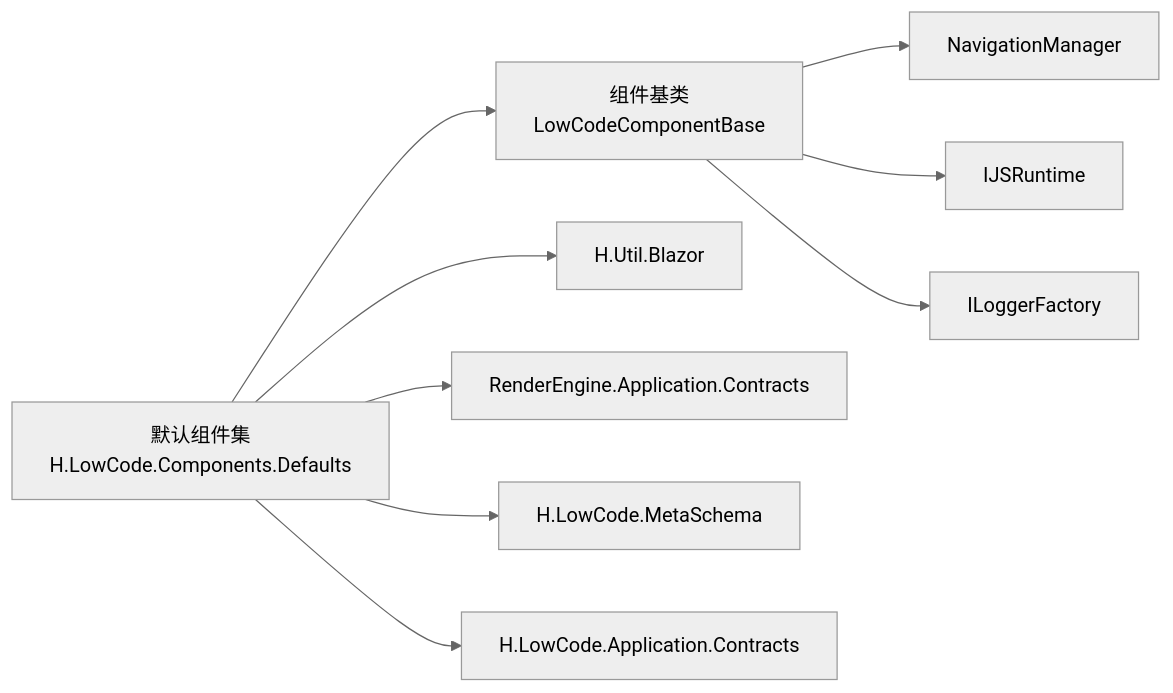
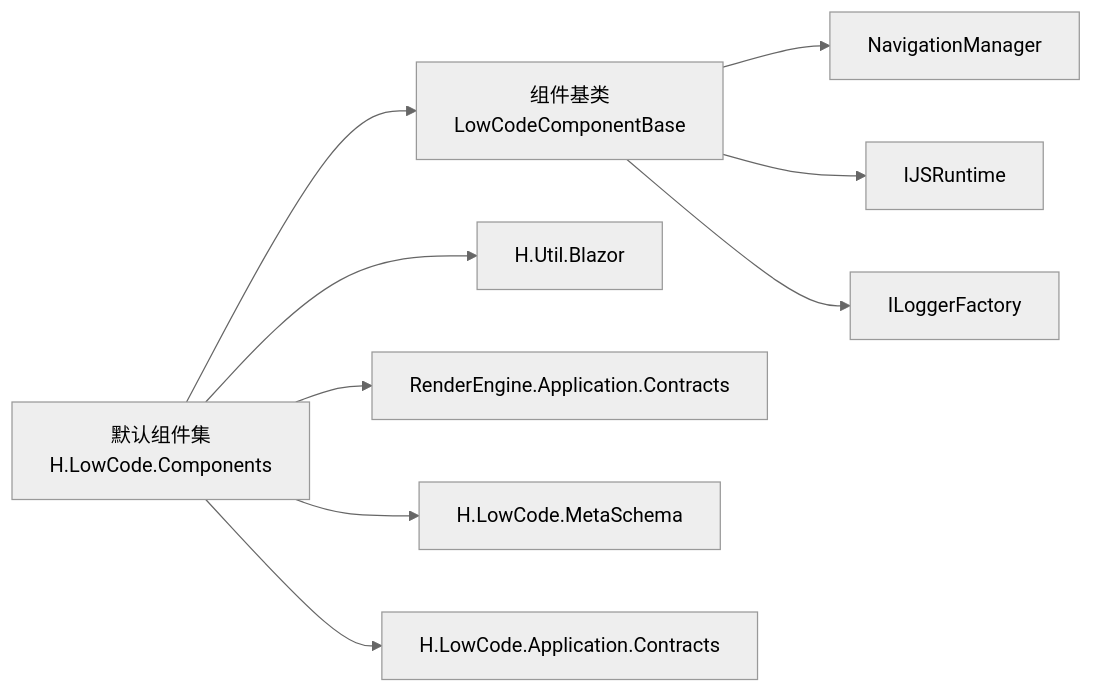
One commit to openlowcodelab/lowcode changed the fourth of 4 diagrams in .qoder/repowiki/zh/content/低代码引擎/组件系统/默认组件库/基础组件.md. Above: the diagram before and after it, drawn with Mermaid (neutral theme). The commit also changed other lines of this file and 90 other files, not shown here.

Commit message:
[LowCode] 组件库重命名

````diff
--- a/.qoder/repowiki/zh/content/低代码引擎/组件系统/默认组件库/基础组件.md
+++ b/.qoder/repowiki/zh/content/低代码引擎/组件系统/默认组件库/基础组件.md
@@ -295,11 +295,11 @@
 ```mermaid
 graph LR
 Base["组件基类<br/>LowCodeComponentBase"] --> Nav["NavigationManager"]
 Base --> JS["IJSRuntime"]
 Base --> Log["ILoggerFactory"]
-Defaults["默认组件集<br/>H.LowCode.Components.Defaults"] --> Utils["H.Util.Blazor"]
+Defaults["默认组件集<br/>H.LowCode.Components"] --> Utils["H.Util.Blazor"]
 Defaults --> Base
 Defaults --> Contracts["RenderEngine.Application.Contracts"]
 Defaults --> Meta["H.LowCode.MetaSchema"]
 Defaults --> AppContracts["H.LowCode.Application.Contracts"]
 ```
````
